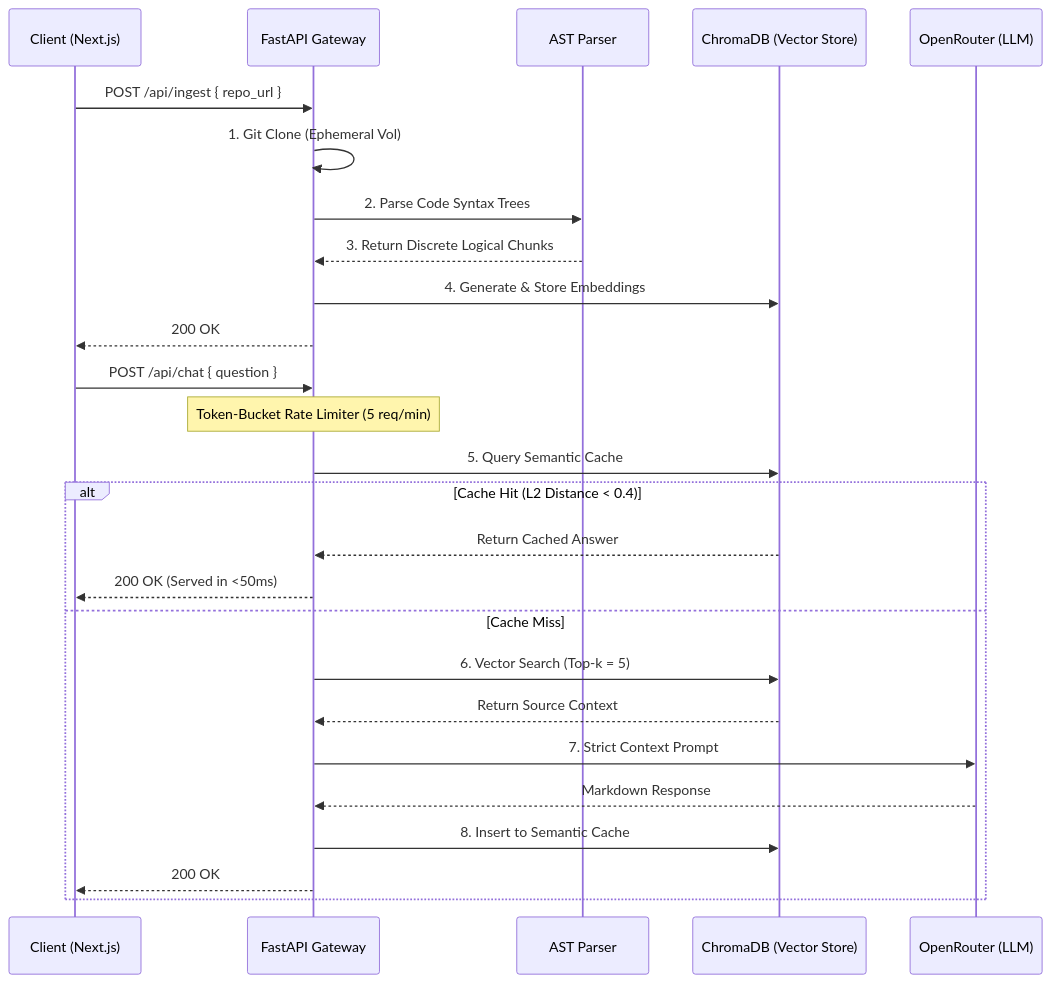
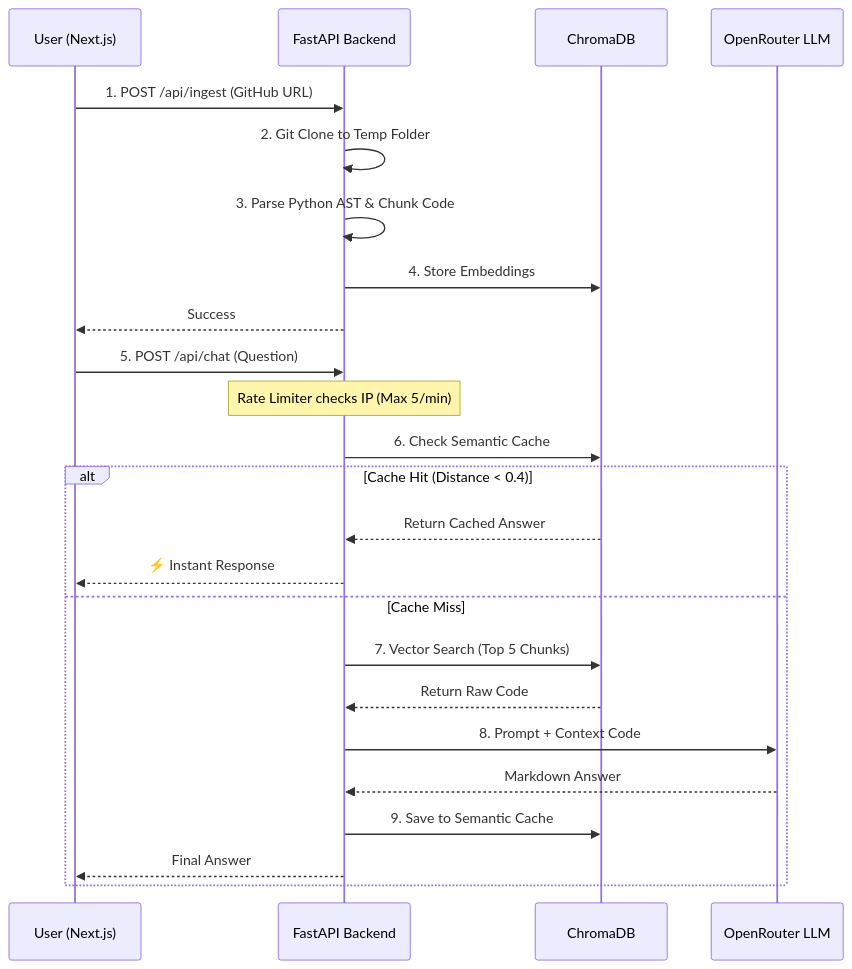
One commit to anjalii40/OnBoarding-Agent changed the diagram in README.md. Above: the diagram before and after it, drawn with Mermaid. The commit also changed other lines of this file, not shown here.

Commit message:
docs: Update README with comprehensive architecture and setup guide

````diff
--- a/README.md
+++ b/README.md
@@ -16,31 +27,29 @@
 ```mermaid
 sequenceDiagram
-    participant U as Client (Next.js)
-    participant API as FastAPI Gateway
-    participant AST as AST Parser
-    participant DB as ChromaDB (Vector Store)
-    participant LLM as OpenRouter (LLM)
+    participant U as User (Next.js)
+    participant B as FastAPI Backend
+    participant C as ChromaDB
+    participant L as OpenRouter LLM
 
-    U->>API: POST /api/ingest { repo_url }
-    API->>API: 1. Git Clone (Ephemeral Vol)
-    API->>AST: 2. Parse Code Syntax Trees
-    AST-->>API: 3. Return Discrete Logical Chunks
-    API->>DB: 4. Generate & Store Embeddings
-    API-->>U: 200 OK
+    U->>B: 1. POST /api/ingest (GitHub URL)
+    B->>B: 2. Git Clone to Temp Folder
+    B->>B: 3. Parse Python AST & Chunk Code
+    B->>C: 4. Store Embeddings
+    B-->>U: Success
 
-    U->>API: POST /api/chat { question }
-    Note over API: Token-Bucket Rate Limiter (5 req/min)
-    API->>DB: 5. Query Semantic Cache
+    U->>B: 5. POST /api/chat (Question)
+    Note over B: Rate Limiter checks IP (Max 5/min)
+    B->>C: 6. Check Semantic Cache
     
-    alt Cache Hit (L2 Distance < 0.4)
-        DB-->>API: Return Cached Answer
-        API-->>U: 200 OK (Served in <50ms)
+    alt Cache Hit (Distance < 0.4)
+        C-->>B: Return Cached Answer
+        B-->>U: ⚡ Instant Response
     else Cache Miss
-        API->>DB: 6. Vector Search (Top-k = 5)
-        DB-->>API: Return Source Context
-        API->>LLM: 7. Strict Context Prompt
-        LLM-->>API: Markdown Response
-        API->>DB: 8. Insert to Semantic Cache
-        API-->>U: 200 OK
+        B->>C: 7. Vector Search (Top 5 Chunks)
+        C-->>B: Return Raw Code
+        B->>L: 8. Prompt + Context Code
+        L-->>B: Markdown Answer
+        B->>C: 9. Save to Semantic Cache
+        B-->>U: Final Answer
     end
 ```
````
